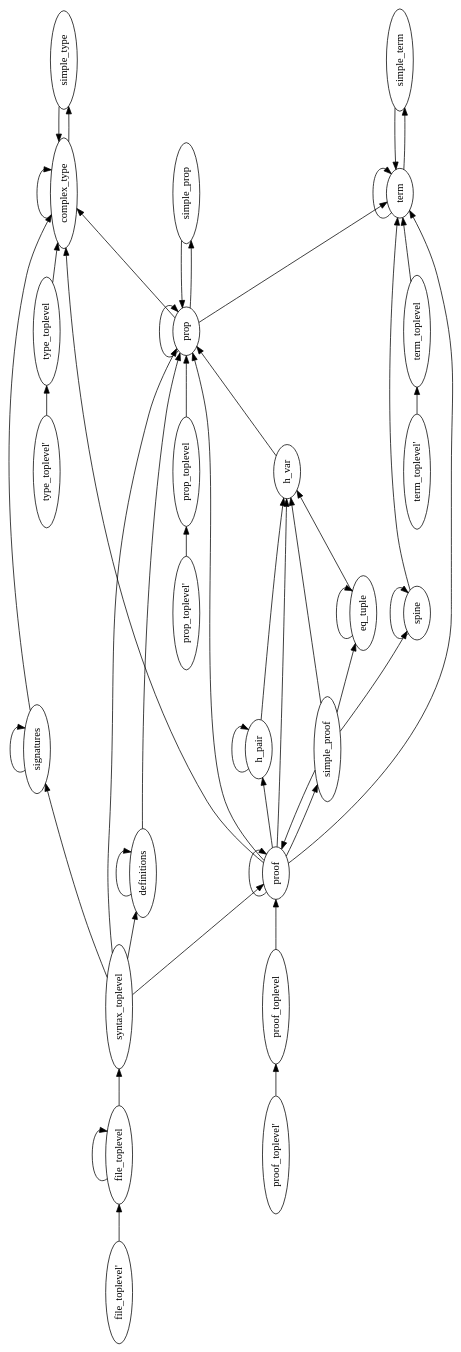
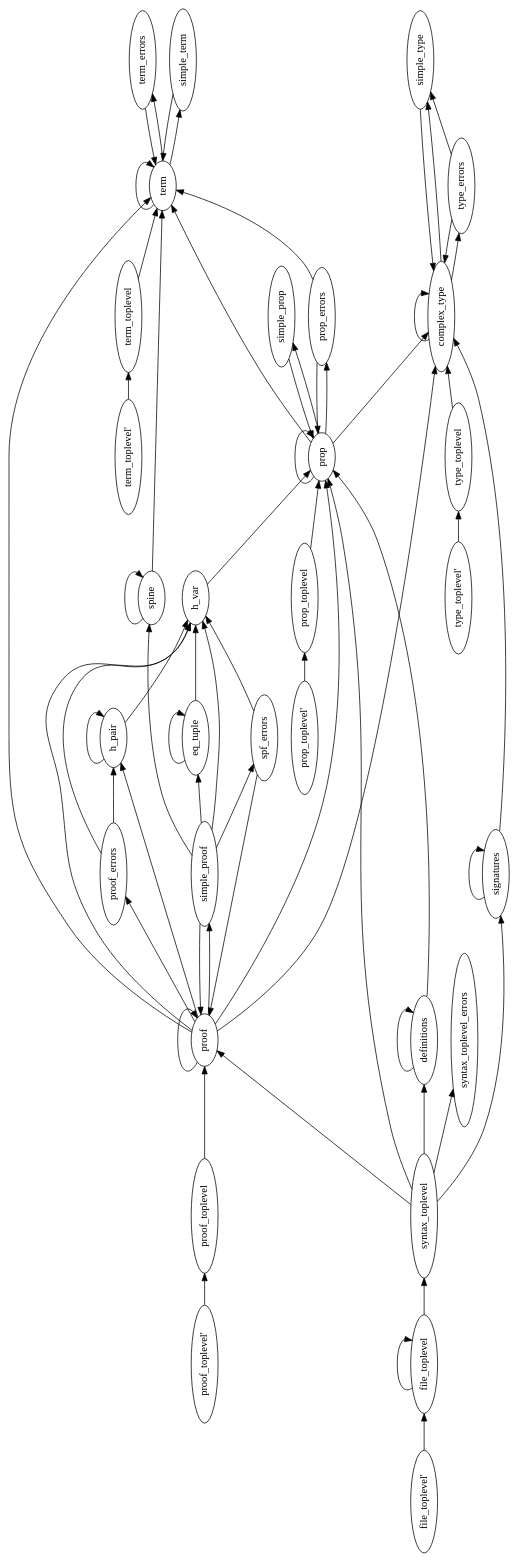
The diagram in src/parser/Parser.dot (LaifsV1/YUP), drawn with Graphviz before and after one commit. The commit also changed 7 other files, not shown here.

```diff
--- a/src/parser/Parser.dot
+++ b/src/parser/Parser.dot
@@ -1,79 +1,100 @@
 digraph G {
 orientation = landscape;
 rankdir = LR;
 ratio = compress;
 nt0 [ label="type_toplevel'" ] ;
 nt1 [ label="term_toplevel'" ] ;
 nt2 [ label="prop_toplevel'" ] ;
 nt3 [ label="proof_toplevel'" ] ;
 nt4 [ label="file_toplevel'" ] ;
 nt5 [ label="type_toplevel" ] ;
-nt6 [ label="term_toplevel" ] ;
-nt7 [ label="term" ] ;
-nt8 [ label="syntax_toplevel" ] ;
-nt9 [ label="spine" ] ;
-nt10 [ label="simple_type" ] ;
-nt11 [ label="simple_term" ] ;
-nt12 [ label="simple_prop" ] ;
-nt13 [ label="simple_proof" ] ;
-nt14 [ label="signatures" ] ;
-nt15 [ label="prop_toplevel" ] ;
-nt16 [ label="prop" ] ;
-nt17 [ label="proof_toplevel" ] ;
-nt18 [ label="proof" ] ;
-nt19 [ label="h_var" ] ;
-nt20 [ label="h_pair" ] ;
-nt21 [ label="file_toplevel" ] ;
-nt22 [ label="eq_tuple" ] ;
-nt23 [ label="definitions" ] ;
-nt24 [ label="complex_type" ] ;
+nt6 [ label="type_errors" ] ;
+nt7 [ label="term_toplevel" ] ;
+nt8 [ label="term_errors" ] ;
+nt9 [ label="term" ] ;
+nt10 [ label="syntax_toplevel_errors" ] ;
+nt11 [ label="syntax_toplevel" ] ;
+nt12 [ label="spine" ] ;
+nt13 [ label="spf_errors" ] ;
+nt14 [ label="simple_type" ] ;
+nt15 [ label="simple_term" ] ;
+nt16 [ label="simple_prop" ] ;
+nt17 [ label="simple_proof" ] ;
+nt18 [ label="signatures" ] ;
+nt19 [ label="prop_toplevel" ] ;
+nt20 [ label="prop_errors" ] ;
+nt21 [ label="prop" ] ;
+nt22 [ label="proof_toplevel" ] ;
+nt23 [ label="proof_errors" ] ;
+nt24 [ label="proof" ] ;
+nt25 [ label="h_var" ] ;
+nt26 [ label="h_pair" ] ;
+nt27 [ label="file_toplevel" ] ;
+nt28 [ label="eq_tuple" ] ;
+nt29 [ label="definitions" ] ;
+nt30 [ label="complex_type" ] ;
 nt0 -> nt5 [ label="" ] ;
-nt1 -> nt6 [ label="" ] ;
-nt2 -> nt15 [ label="" ] ;
-nt3 -> nt17 [ label="" ] ;
-nt4 -> nt21 [ label="" ] ;
-nt5 -> nt24 [ label="" ] ;
-nt6 -> nt7 [ label="" ] ;
-nt7 -> nt7 [ label="" ] ;
-nt7 -> nt11 [ label="" ] ;
-nt8 -> nt14 [ label="" ] ;
-nt8 -> nt16 [ label="" ] ;
-nt8 -> nt18 [ label="" ] ;
-nt8 -> nt23 [ label="" ] ;
-nt9 -> nt7 [ label="" ] ;
+nt1 -> nt7 [ label="" ] ;
+nt2 -> nt19 [ label="" ] ;
+nt3 -> nt22 [ label="" ] ;
+nt4 -> nt27 [ label="" ] ;
+nt5 -> nt30 [ label="" ] ;
+nt6 -> nt14 [ label="" ] ;
+nt6 -> nt30 [ label="" ] ;
+nt7 -> nt9 [ label="" ] ;
+nt8 -> nt9 [ label="" ] ;
+nt9 -> nt8 [ label="" ] ;
 nt9 -> nt9 [ label="" ] ;
-nt10 -> nt24 [ label="" ] ;
-nt11 -> nt7 [ label="" ] ;
-nt12 -> nt16 [ label="" ] ;
-nt13 -> nt9 [ label="" ] ;
-nt13 -> nt18 [ label="" ] ;
-nt13 -> nt19 [ label="" ] ;
-nt13 -> nt22 [ label="" ] ;
-nt14 -> nt14 [ label="" ] ;
-nt14 -> nt24 [ label="" ] ;
-nt15 -> nt16 [ label="" ] ;
-nt16 -> nt7 [ label="" ] ;
-nt16 -> nt12 [ label="" ] ;
-nt16 -> nt16 [ label="" ] ;
-nt16 -> nt24 [ label="" ] ;
-nt17 -> nt18 [ label="" ] ;
-nt18 -> nt7 [ label="" ] ;
-nt18 -> nt13 [ label="" ] ;
-nt18 -> nt16 [ label="" ] ;
+nt9 -> nt15 [ label="" ] ;
+nt11 -> nt10 [ label="" ] ;
+nt11 -> nt18 [ label="" ] ;
+nt11 -> nt21 [ label="" ] ;
+nt11 -> nt24 [ label="" ] ;
+nt11 -> nt29 [ label="" ] ;
+nt12 -> nt9 [ label="" ] ;
+nt12 -> nt12 [ label="" ] ;
+nt13 -> nt24 [ label="" ] ;
+nt13 -> nt25 [ label="" ] ;
+nt14 -> nt30 [ label="" ] ;
+nt15 -> nt9 [ label="" ] ;
+nt16 -> nt21 [ label="" ] ;
+nt17 -> nt12 [ label="" ] ;
+nt17 -> nt13 [ label="" ] ;
+nt17 -> nt24 [ label="" ] ;
+nt17 -> nt25 [ label="" ] ;
+nt17 -> nt28 [ label="" ] ;
 nt18 -> nt18 [ label="" ] ;
-nt18 -> nt19 [ label="" ] ;
-nt18 -> nt20 [ label="" ] ;
-nt18 -> nt24 [ label="" ] ;
-nt19 -> nt16 [ label="" ] ;
-nt20 -> nt19 [ label="" ] ;
-nt20 -> nt20 [ label="" ] ;
-nt21 -> nt8 [ label="" ] ;
+nt18 -> nt30 [ label="" ] ;
+nt19 -> nt21 [ label="" ] ;
+nt20 -> nt9 [ label="" ] ;
+nt20 -> nt21 [ label="" ] ;
+nt21 -> nt9 [ label="" ] ;
+nt21 -> nt16 [ label="" ] ;
+nt21 -> nt20 [ label="" ] ;
 nt21 -> nt21 [ label="" ] ;
-nt22 -> nt19 [ label="" ] ;
-nt22 -> nt22 [ label="" ] ;
-nt23 -> nt16 [ label="" ] ;
-nt23 -> nt23 [ label="" ] ;
-nt24 -> nt10 [ label="" ] ;
+nt21 -> nt30 [ label="" ] ;
+nt22 -> nt24 [ label="" ] ;
+nt23 -> nt25 [ label="" ] ;
+nt23 -> nt26 [ label="" ] ;
+nt24 -> nt9 [ label="" ] ;
+nt24 -> nt17 [ label="" ] ;
+nt24 -> nt21 [ label="" ] ;
+nt24 -> nt23 [ label="" ] ;
 nt24 -> nt24 [ label="" ] ;
+nt24 -> nt25 [ label="" ] ;
+nt24 -> nt26 [ label="" ] ;
+nt24 -> nt30 [ label="" ] ;
+nt25 -> nt21 [ label="" ] ;
+nt26 -> nt25 [ label="" ] ;
+nt26 -> nt26 [ label="" ] ;
+nt27 -> nt11 [ label="" ] ;
+nt27 -> nt27 [ label="" ] ;
+nt28 -> nt25 [ label="" ] ;
+nt28 -> nt28 [ label="" ] ;
+nt29 -> nt21 [ label="" ] ;
+nt29 -> nt29 [ label="" ] ;
+nt30 -> nt6 [ label="" ] ;
+nt30 -> nt14 [ label="" ] ;
+nt30 -> nt30 [ label="" ] ;
 
 }
```
